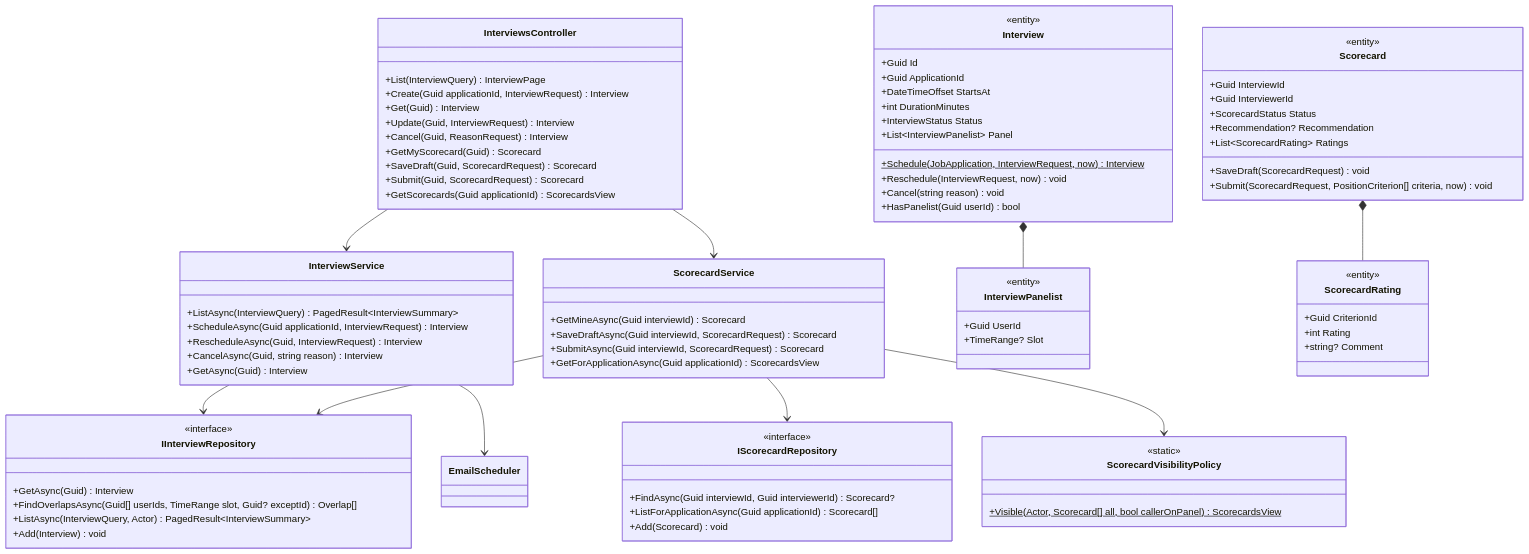
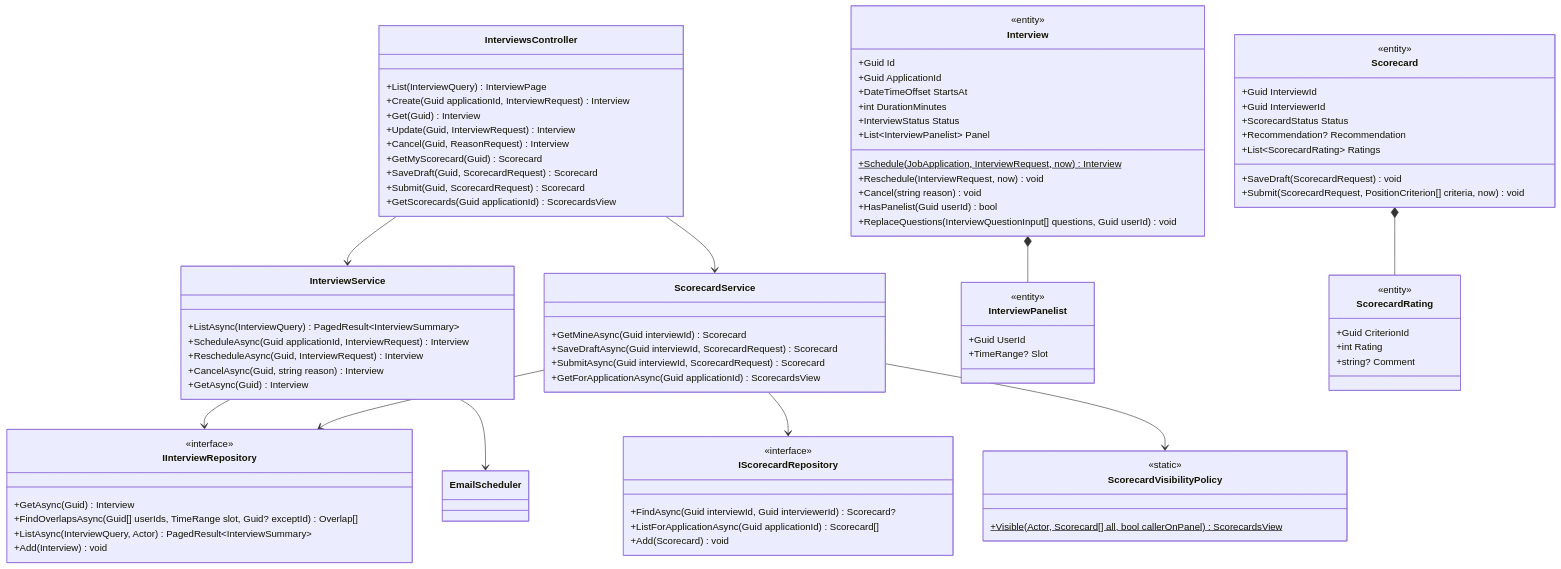
One commit to duongk18FPTU/recruitment-ats changed the sixth of 11 diagrams in docs/10-class-design.md. Above: the diagram before and after it, drawn with Mermaid. The commit also changed other lines of this file and 28 other files, not shown here.

```diff
--- a/docs/10-class-design.md
+++ b/docs/10-class-design.md
@@ -663,6 +663,7 @@
         +Reschedule(InterviewRequest, now) void
         +Cancel(string reason) void
         +HasPanelist(Guid userId) bool
+        +ReplaceQuestions(InterviewQuestionInput[] questions, Guid userId) void
     }
     class InterviewPanelist {
         <<entity>>
```
